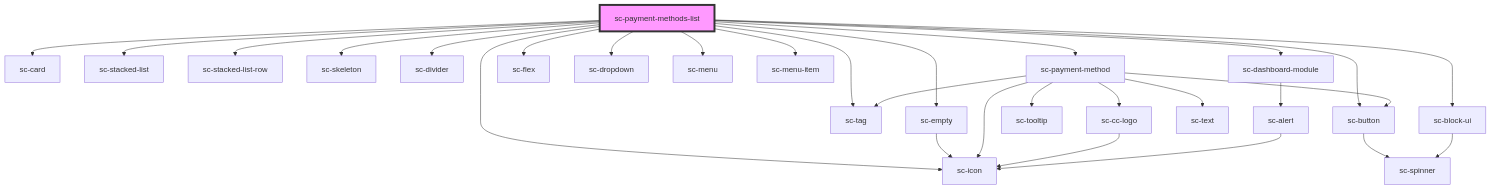
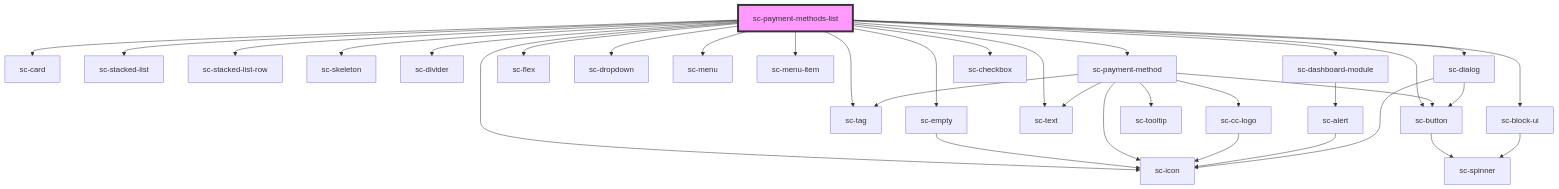
Before and after one commit to surecart/surecart-wp-plugin: the diagram in packages/components/src/components/controllers/dashboard/payment-methods-list/readme.md, drawn with Mermaid. The commit also changed other lines of this file and 7 other files, not shown here.

````diff
--- a/packages/components/src/components/controllers/dashboard/payment-methods-list/readme.md
+++ b/packages/components/src/components/controllers/dashboard/payment-methods-list/readme.md
@@ -39,32 +42,37 @@
 ```mermaid
 graph TD;
   sc-payment-methods-list --> sc-card
   sc-payment-methods-list --> sc-stacked-list
   sc-payment-methods-list --> sc-stacked-list-row
   sc-payment-methods-list --> sc-skeleton
   sc-payment-methods-list --> sc-divider
   sc-payment-methods-list --> sc-empty
   sc-payment-methods-list --> sc-payment-method
   sc-payment-methods-list --> sc-flex
   sc-payment-methods-list --> sc-tag
   sc-payment-methods-list --> sc-dropdown
   sc-payment-methods-list --> sc-icon
   sc-payment-methods-list --> sc-menu
   sc-payment-methods-list --> sc-menu-item
   sc-payment-methods-list --> sc-dashboard-module
   sc-payment-methods-list --> sc-button
+  sc-payment-methods-list --> sc-dialog
+  sc-payment-methods-list --> sc-text
+  sc-payment-methods-list --> sc-checkbox
   sc-payment-methods-list --> sc-block-ui
   sc-empty --> sc-icon
   sc-payment-method --> sc-tooltip
   sc-payment-method --> sc-button
   sc-payment-method --> sc-icon
   sc-payment-method --> sc-tag
   sc-payment-method --> sc-cc-logo
   sc-payment-method --> sc-text
   sc-button --> sc-spinner
   sc-cc-logo --> sc-icon
   sc-dashboard-module --> sc-alert
   sc-alert --> sc-icon
+  sc-dialog --> sc-button
+  sc-dialog --> sc-icon
   sc-block-ui --> sc-spinner
   style sc-payment-methods-list fill:#f9f,stroke:#333,stroke-width:4px
 ```
````
